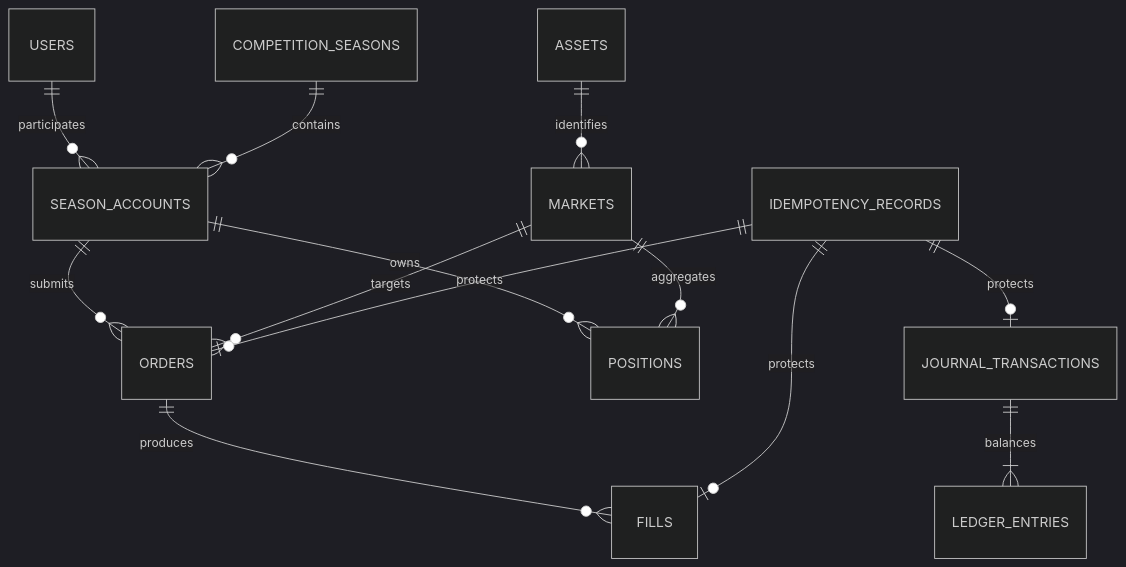
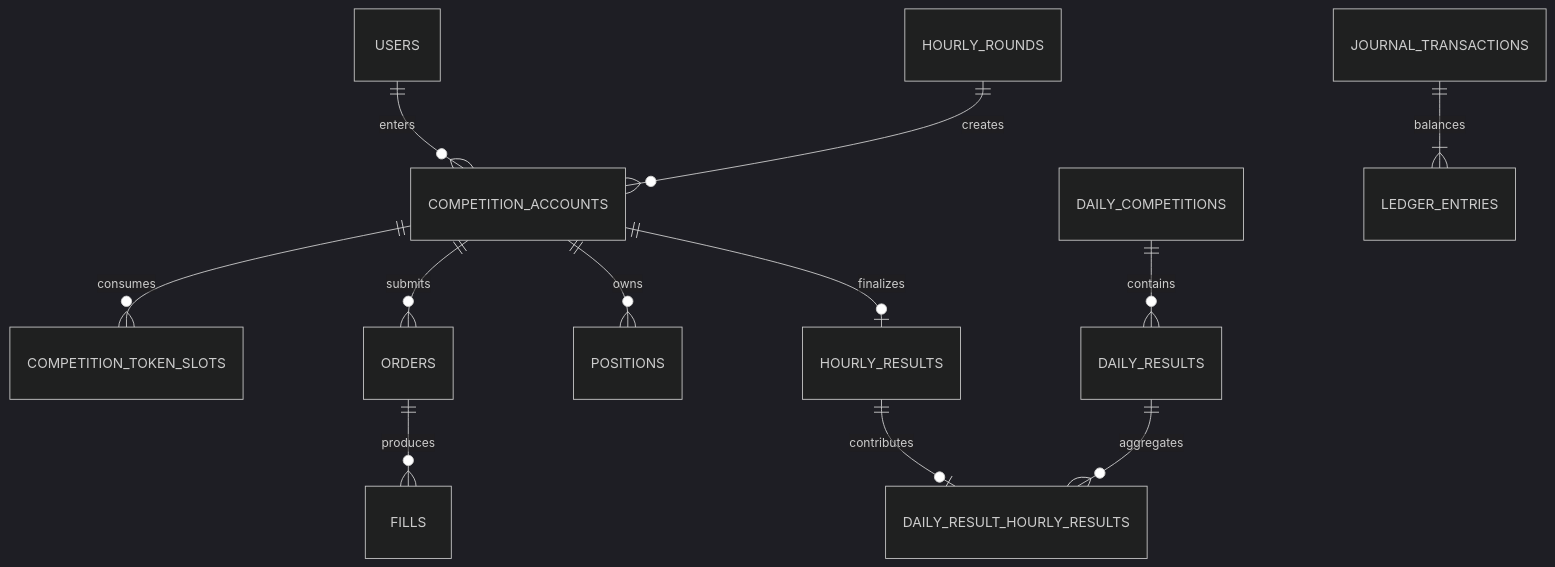
Before and after one commit to Paperfunds/paperfund: the diagram in docs/PHASE_2_LEDGER_AND_SCHEMA.md, drawn with Mermaid (dark theme). The commit also changed other lines of this file and 8 other files, not shown here.

Commit message:
fix: align persistence with hourly competition model

````diff
--- a/docs/PHASE_2_LEDGER_AND_SCHEMA.md
+++ b/docs/PHASE_2_LEDGER_AND_SCHEMA.md
@@ -29,15 +32,14 @@
 ```mermaid
 erDiagram
-  USERS ||--o{ SEASON_ACCOUNTS : participates
-  COMPETITION_SEASONS ||--o{ SEASON_ACCOUNTS : contains
-  SEASON_ACCOUNTS ||--o{ ORDERS : submits
-  MARKETS ||--o{ ORDERS : targets
+  USERS ||--o{ COMPETITION_ACCOUNTS : enters
+  HOURLY_ROUNDS ||--o{ COMPETITION_ACCOUNTS : creates
+  COMPETITION_ACCOUNTS ||--o{ COMPETITION_TOKEN_SLOTS : consumes
+  COMPETITION_ACCOUNTS ||--o{ ORDERS : submits
   ORDERS ||--o{ FILLS : produces
-  SEASON_ACCOUNTS ||--o{ POSITIONS : owns
-  MARKETS ||--o{ POSITIONS : aggregates
-  ASSETS ||--o{ MARKETS : identifies
-  IDEMPOTENCY_RECORDS ||--o| ORDERS : protects
-  IDEMPOTENCY_RECORDS ||--o| FILLS : protects
-  IDEMPOTENCY_RECORDS ||--o| JOURNAL_TRANSACTIONS : protects
+  COMPETITION_ACCOUNTS ||--o{ POSITIONS : owns
+  COMPETITION_ACCOUNTS ||--o| HOURLY_RESULTS : finalizes
+  DAILY_COMPETITIONS ||--o{ DAILY_RESULTS : contains
+  HOURLY_RESULTS ||--o| DAILY_RESULT_HOURLY_RESULTS : contributes
+  DAILY_RESULTS ||--o{ DAILY_RESULT_HOURLY_RESULTS : aggregates
   JOURNAL_TRANSACTIONS ||--|{ LEDGER_ENTRIES : balances
 ```
````
